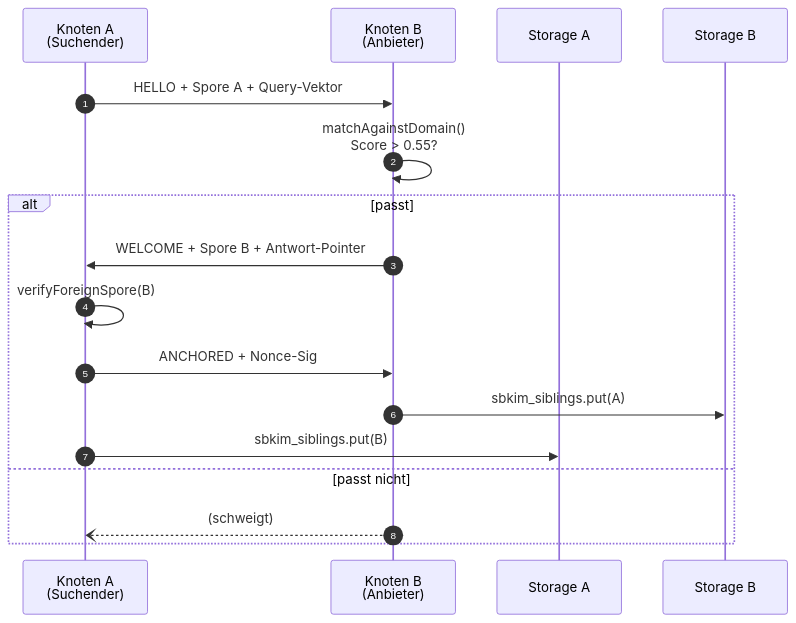
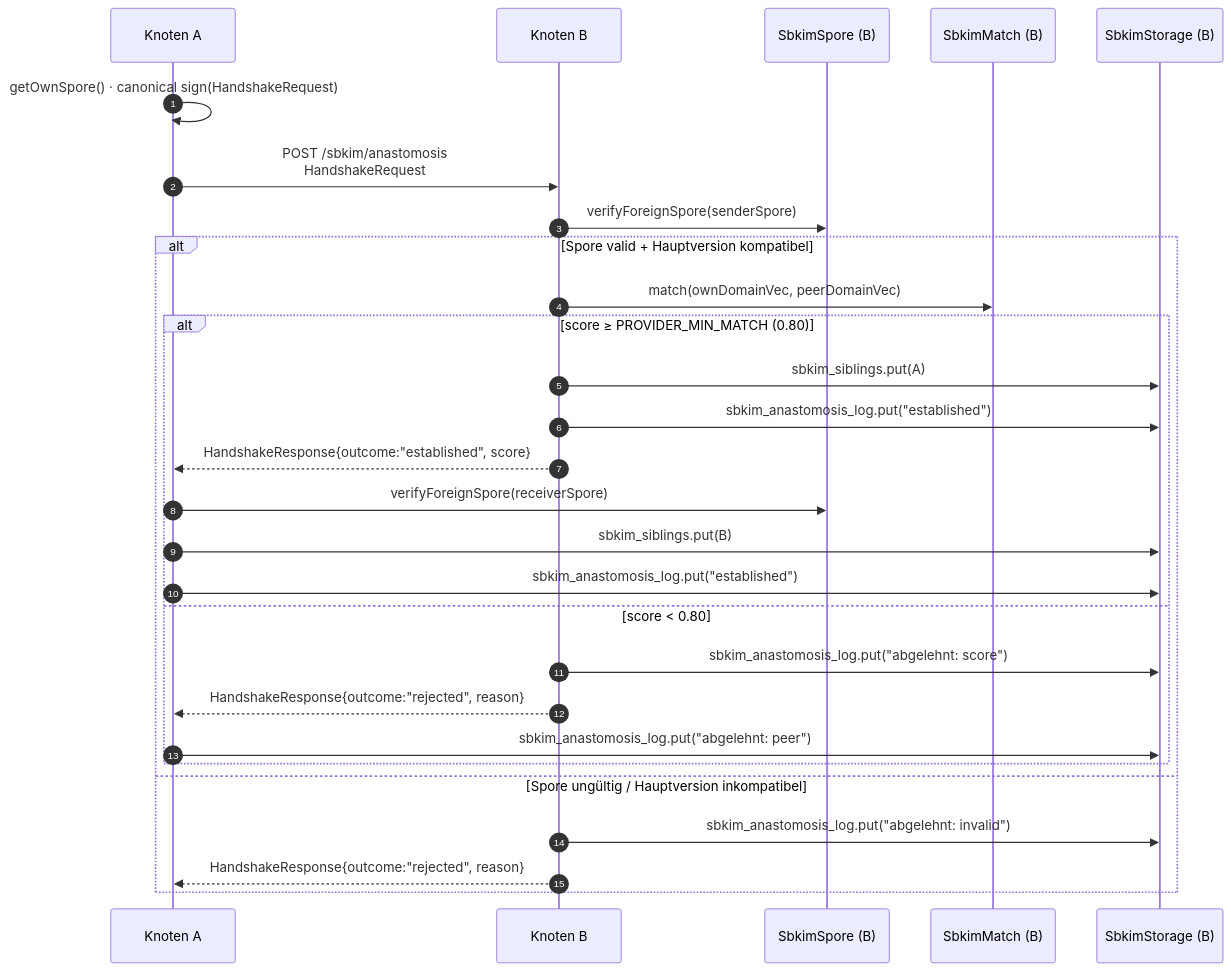
One commit to lausiklauskn-png/Sage-Protokol changed the diagram in docs/components/05_anastomose.md. Above: the diagram before and after it, drawn with Mermaid. The commit also changed other lines of this file and 5 other files, not shown here.

````diff
--- a/docs/components/05_anastomose.md
+++ b/docs/components/05_anastomose.md
@@ -26,20 +32,31 @@
 ```mermaid
 sequenceDiagram
   autonumber
-  participant A as Knoten A<br/>(Suchender)
-  participant B as Knoten B<br/>(Anbieter)
-  participant SA as Storage A
-  participant SB as Storage B
+  participant A as Knoten A
+  participant B as Knoten B
+  participant SP as SbkimSpore (B)
+  participant MA as SbkimMatch (B)
+  participant ST as SbkimStorage (B)
 
-  A->>B: HELLO + Spore A + Query-Vektor
-  B->>B: matchAgainstDomain()<br/>Score > 0.55?
-  alt passt
-    B->>A: WELCOME + Spore B + Antwort-Pointer
-    A->>A: verifyForeignSpore(B)
-    A->>B: ANCHORED + Nonce-Sig
-    B->>SB: sbkim_siblings.put(A)
-    A->>SA: sbkim_siblings.put(B)
-  else passt nicht
-    B--)A: (schweigt)
+  A->>A: getOwnSpore() · canonical sign(HandshakeRequest)
+  A->>B: POST /sbkim/anastomosis<br/>HandshakeRequest
+  B->>SP: verifyForeignSpore(senderSpore)
+  alt Spore valid + Hauptversion kompatibel
+    B->>MA: match(ownDomainVec, peerDomainVec)
+    alt score ≥ PROVIDER_MIN_MATCH (0.80)
+      B->>ST: sbkim_siblings.put(A)
+      B->>ST: sbkim_anastomosis_log.put("established")
+      B-->>A: HandshakeResponse{outcome:"established", score}
+      A->>SP: verifyForeignSpore(receiverSpore)
+      A->>ST: sbkim_siblings.put(B)
+      A->>ST: sbkim_anastomosis_log.put("established")
+    else score < 0.80
+      B->>ST: sbkim_anastomosis_log.put("abgelehnt: score")
+      B-->>A: HandshakeResponse{outcome:"rejected", reason}
+      A->>ST: sbkim_anastomosis_log.put("abgelehnt: peer")
+    end
+  else Spore ungültig / Hauptversion inkompatibel
+    B->>ST: sbkim_anastomosis_log.put("abgelehnt: invalid")
+    B-->>A: HandshakeResponse{outcome:"rejected", reason}
   end
 ```
````
